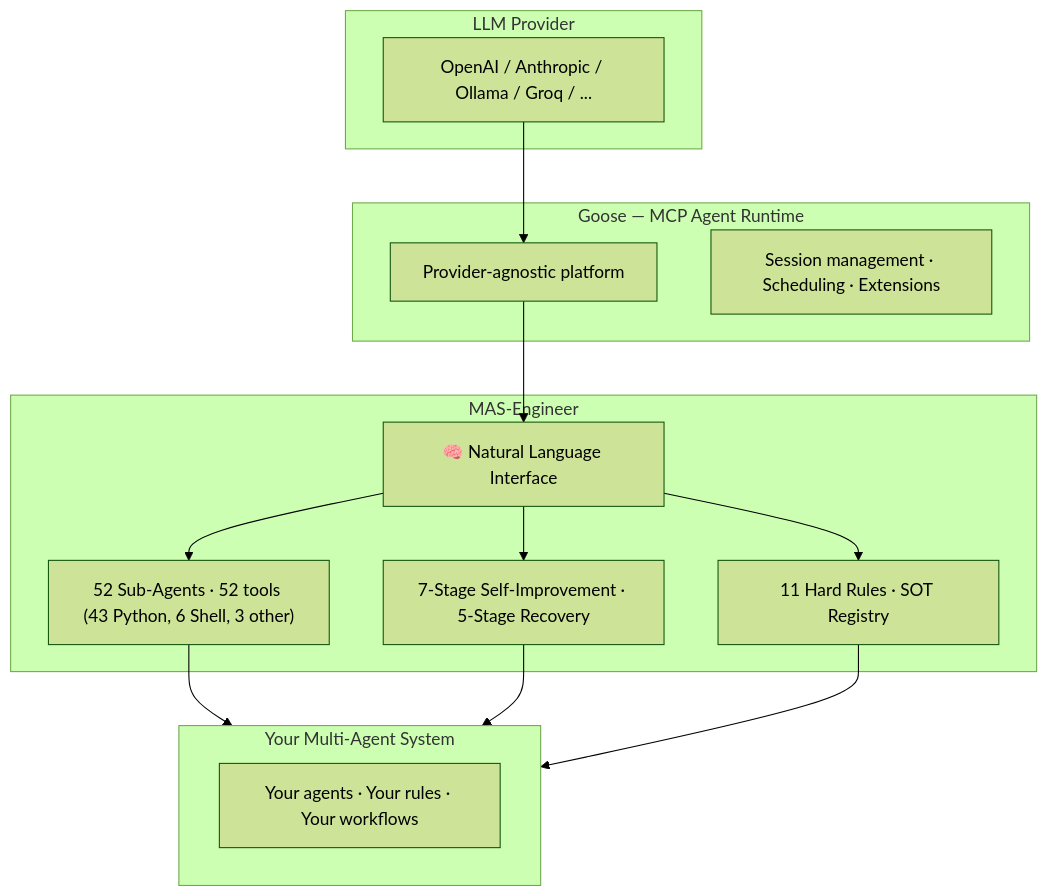
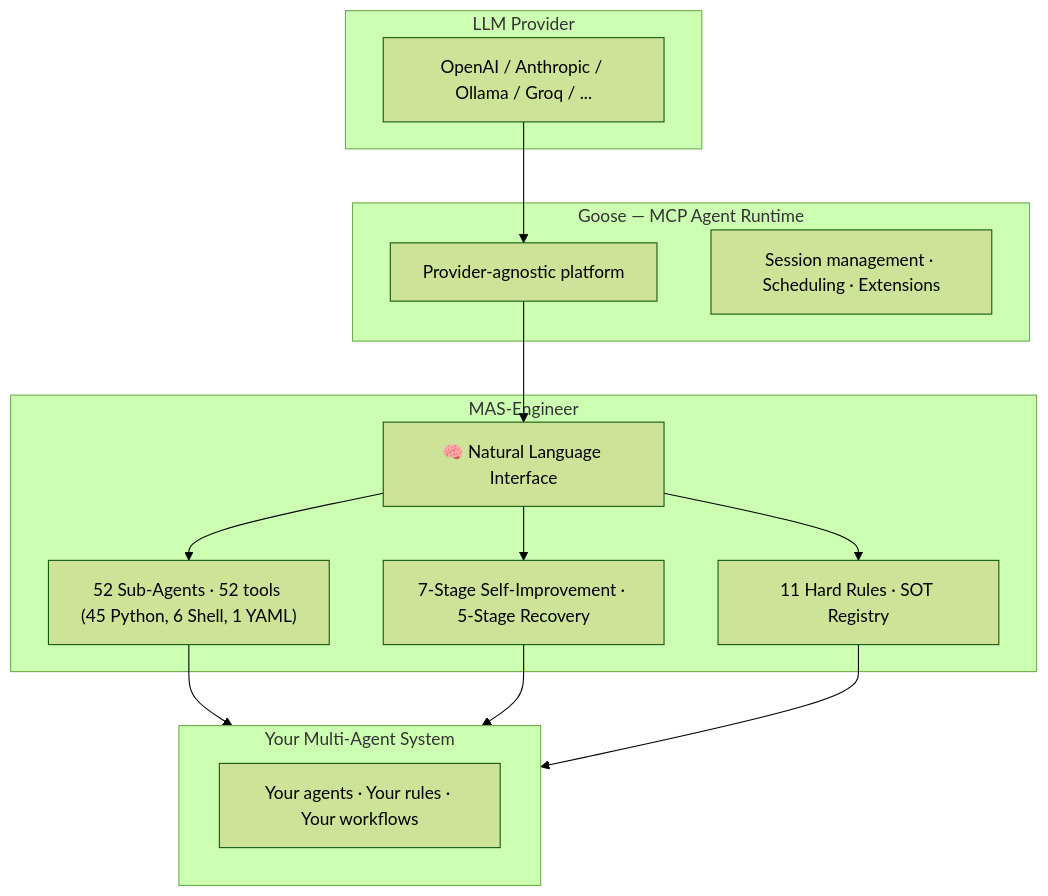
Before and after one commit to mczardybon/mas-engineer: the third of 6 diagrams in README.md, drawn with Mermaid (forest theme). The commit also changed other lines of this file and 7 other files, not shown here.

````diff
--- a/README.md
+++ b/README.md
@@ -270,22 +270,22 @@
 ```mermaid
 flowchart TB
     subgraph LLM["LLM Provider"]
         L1["OpenAI / Anthropic / Ollama / Groq / ..."]
     end
     subgraph GOOSE["Goose — MCP Agent Runtime"]
         G1["Provider-agnostic platform"]
         G2["Session management · Scheduling · Extensions"]
     end
     subgraph ENGINEER["MAS-Engineer"]
         E1["🧠 Natural Language Interface"]
-        E2["52 Sub-Agents · 52 tools (43 Python, 6 Shell, 3 other)"]
+        E2["52 Sub-Agents · 52 tools (45 Python, 6 Shell, 1 YAML)"]
         E3["7-Stage Self-Improvement · 5-Stage Recovery"]
         E4["11 Hard Rules · SOT Registry"]
     end
     subgraph SYSTEM["Your Multi-Agent System"]
         S1["Your agents · Your rules · Your workflows"]
     end
     L1 --> G1 --> E1
     E1 --> E2 & E3 & E4
     E2 & E3 & E4 --> SYSTEM
 ```
````
